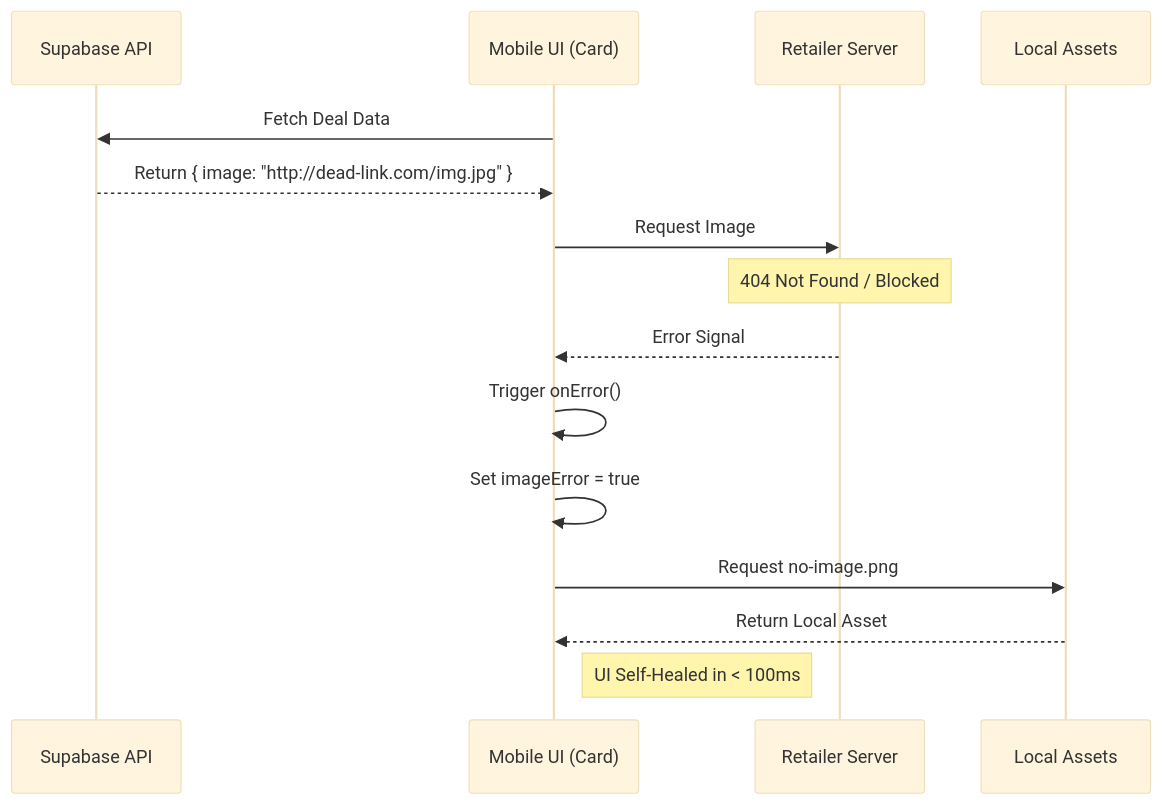
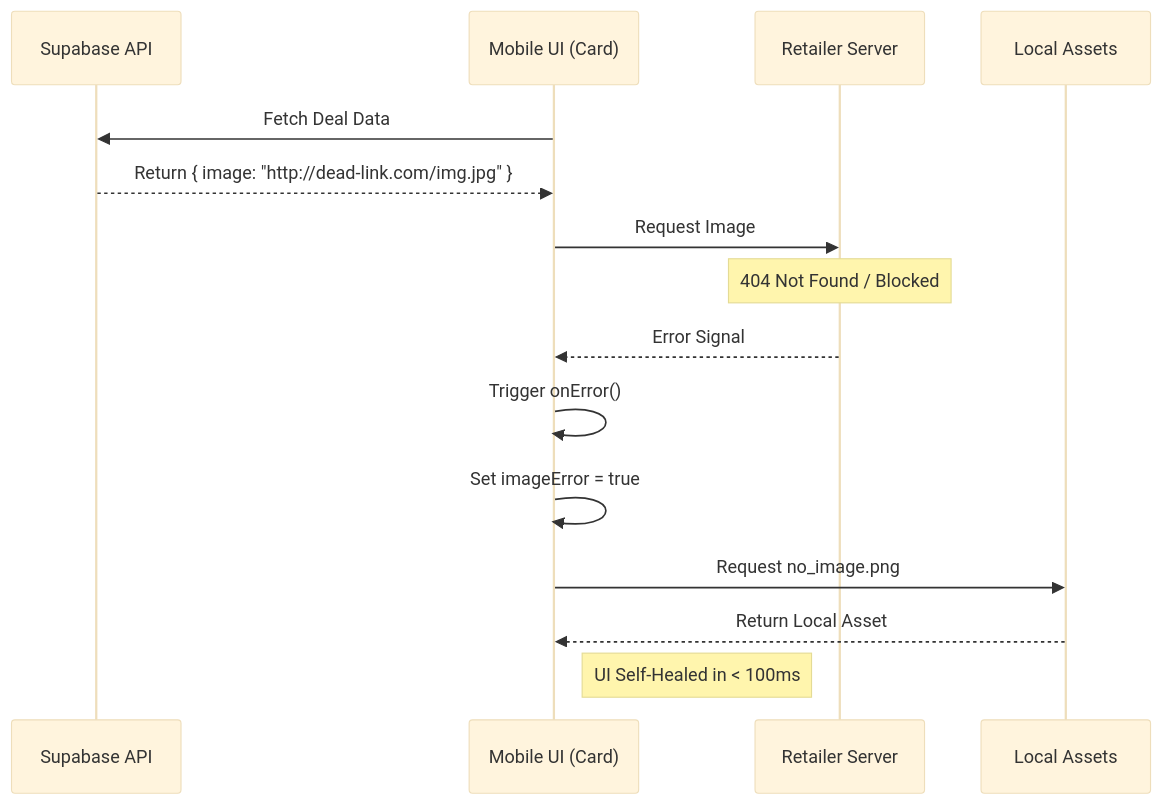
One commit to joshuatochinwachi/HollowScan-Mobile-App changed the second of 2 diagrams in PRODUCT_IMAGE_ARCHITECTURE.md. Above: the diagram before and after it, drawn with Mermaid (base theme). The commit also changed other lines of this file and 4 other files, not shown here.

````diff
--- a/PRODUCT_IMAGE_ARCHITECTURE.md
+++ b/PRODUCT_IMAGE_ARCHITECTURE.md
@@ -49,18 +49,18 @@
 ```mermaid
 sequenceDiagram
     participant API as Supabase API
     participant UI as Mobile UI (Card)
     participant NET as Retailer Server
     participant LCL as Local Assets
 
     UI->>API: Fetch Deal Data
     API-->>UI: Return { image: "http://dead-link.com/img.jpg" }
     UI->>NET: Request Image
     Note over NET: 404 Not Found / Blocked
     NET-->>UI: Error Signal
     UI->>UI: Trigger onError()
     UI->>UI: Set imageError = true
-    UI->>LCL: Request no-image.png
+    UI->>LCL: Request no_image.png
     LCL-->>UI: Return Local Asset
     Note right of UI: UI Self-Healed in < 100ms
 ```
````
